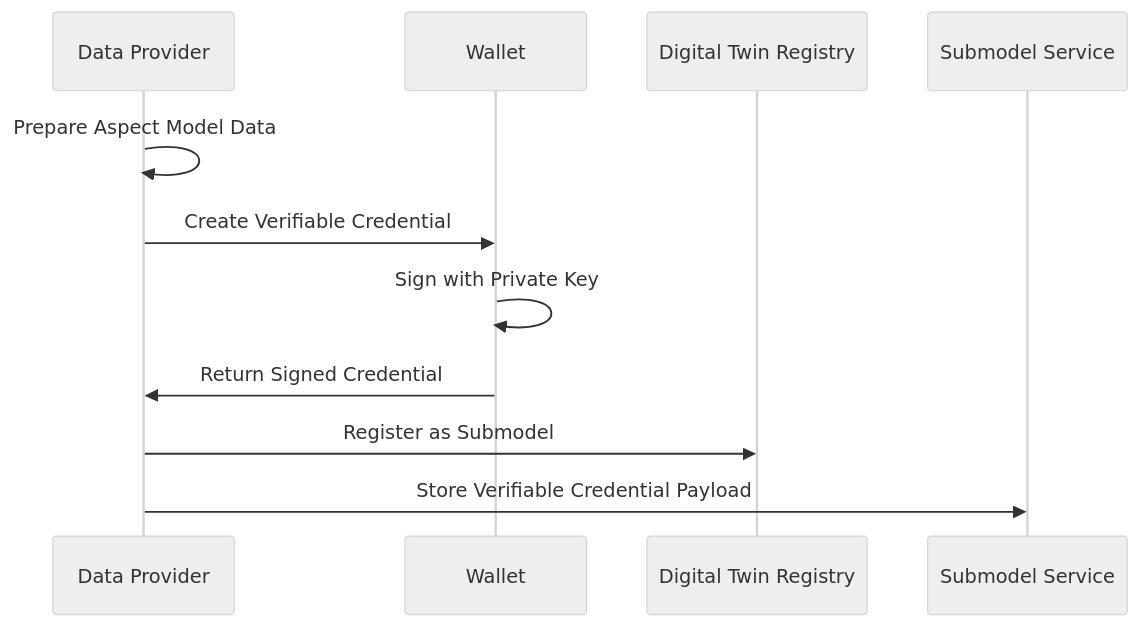
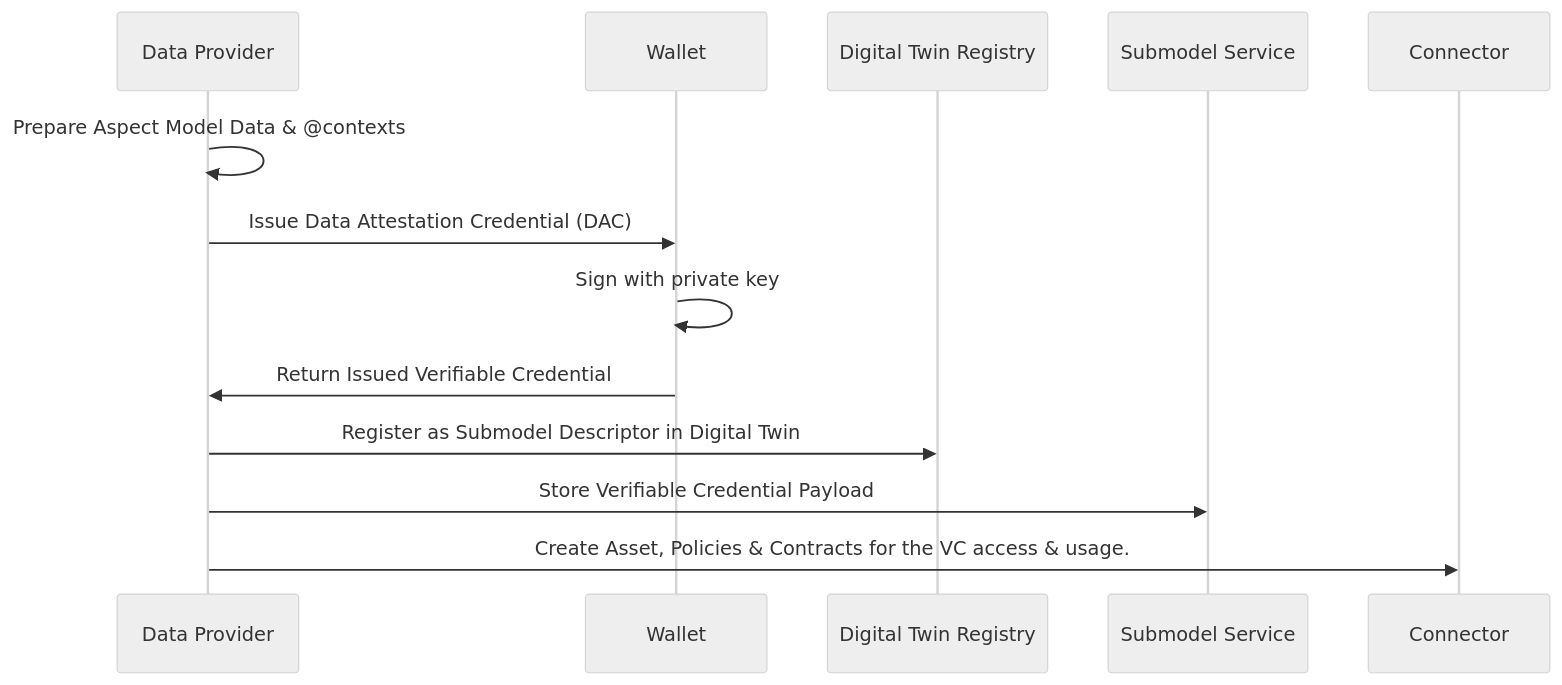
One commit to eclipse-tractusx/eclipse-tractusx.github.io changed the second of 3 diagrams in docs-kits/kits/data-trust-and-security-kit/software-development-view/digital-twins.md. Above: the diagram before and after it, drawn with Mermaid (neutral theme). The commit also changed other lines of this file, not shown here.

Commit message:
refactor: update terminology from certification to attestation and enhance process descriptions

````diff
--- a/docs-kits/kits/data-trust-and-security-kit/software-development-view/digital-twins.md
+++ b/docs-kits/kits/data-trust-and-security-kit/software-development-view/digital-twins.md
@@ -159,14 +162,16 @@
 ```mermaid
 sequenceDiagram
     participant DP as Data Provider
     participant Wallet as Wallet
     participant DTR as Digital Twin Registry
     participant SS as Submodel Service
+    participant C as Connector
     
-    DP->>DP: Prepare Aspect Model Data
-    DP->>Wallet: Create Verifiable Credential
-    Wallet->>Wallet: Sign with Private Key
-    Wallet->>DP: Return Signed Credential
-    DP->>DTR: Register as Submodel
+    DP->>DP: Prepare Aspect Model Data & @contexts
+    DP->>Wallet: Issue Data Attestation Credential (DAC)
+    Wallet->>Wallet: Sign with private key
+    Wallet->>DP: Return Issued Verifiable Credential
+    DP->>DTR: Register as Submodel Descriptor in Digital Twin
     DP->>SS: Store Verifiable Credential Payload
+    DP->>C: Create Asset, Policies & Contracts for the VC access & usage.
 ```
````
